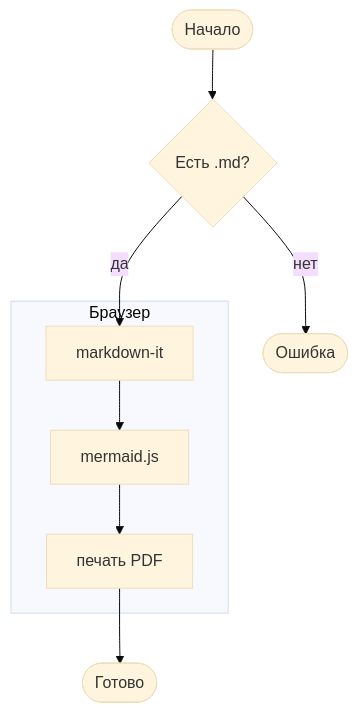
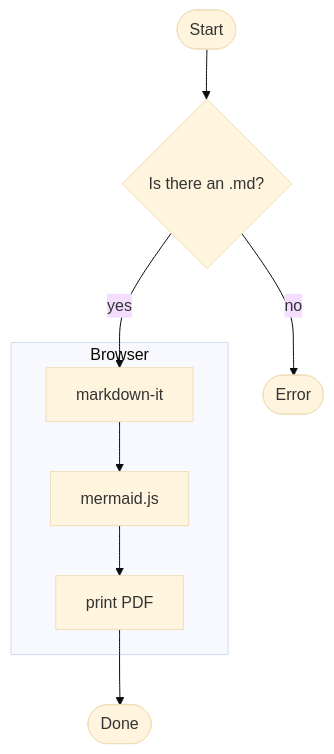
One commit to Kseen715/md2pdfX changed the first of 8 diagrams in examples/mermaid.md. Above: the diagram before and after it, drawn with Mermaid (base theme). The commit also changed other lines of this file and 25 other files, not shown here.

````diff
--- a/examples/mermaid.md
+++ b/examples/mermaid.md
@@ -8,11 +8,11 @@
 ```mermaid
 flowchart TD
-    A([Начало]) --> B{Есть .md?}
-    B -->|да| C[markdown-it]
-    B -->|нет| X([Ошибка])
-    subgraph Браузер
+    A([Start]) --> B{Is there an .md?}
+    B -->|yes| C[markdown-it]
+    B -->|no| X([Error])
+    subgraph Browser
         C --> D[mermaid.js]
-        D --> E[печать PDF]
+        D --> E[print PDF]
     end
-    E --> F([Готово])
+    E --> F([Done])
 ```
````
